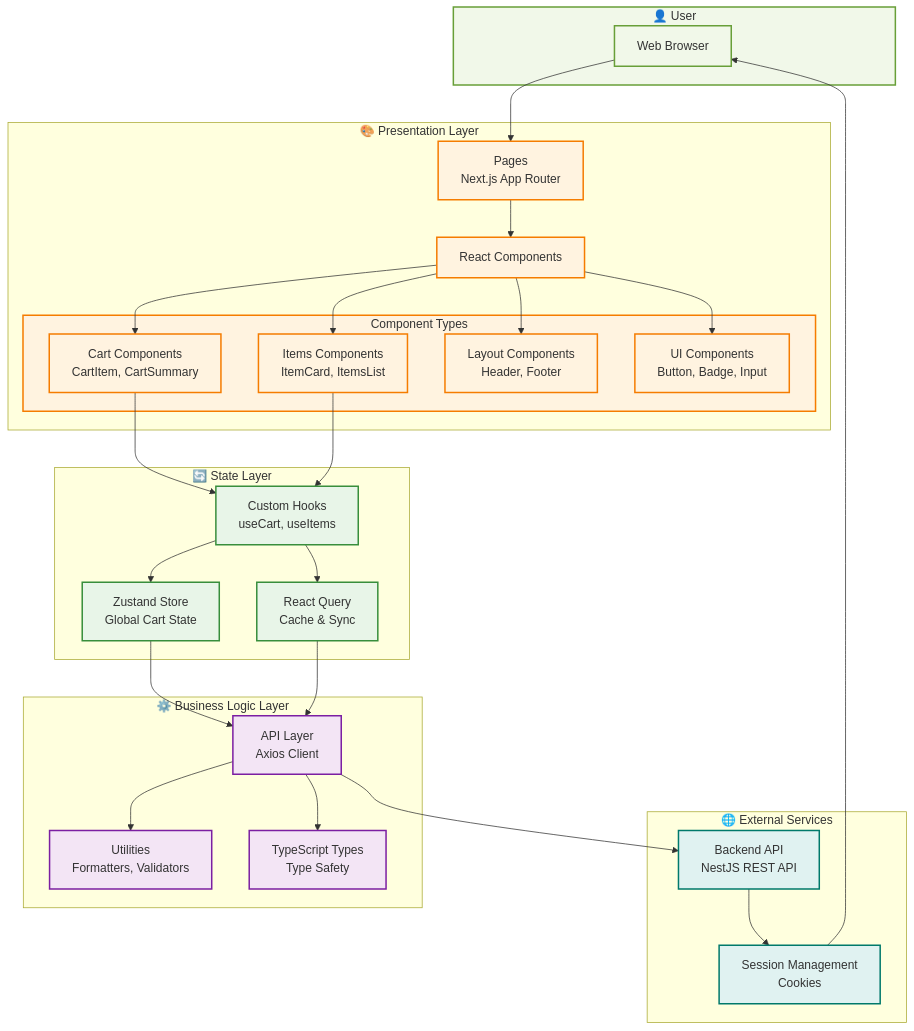
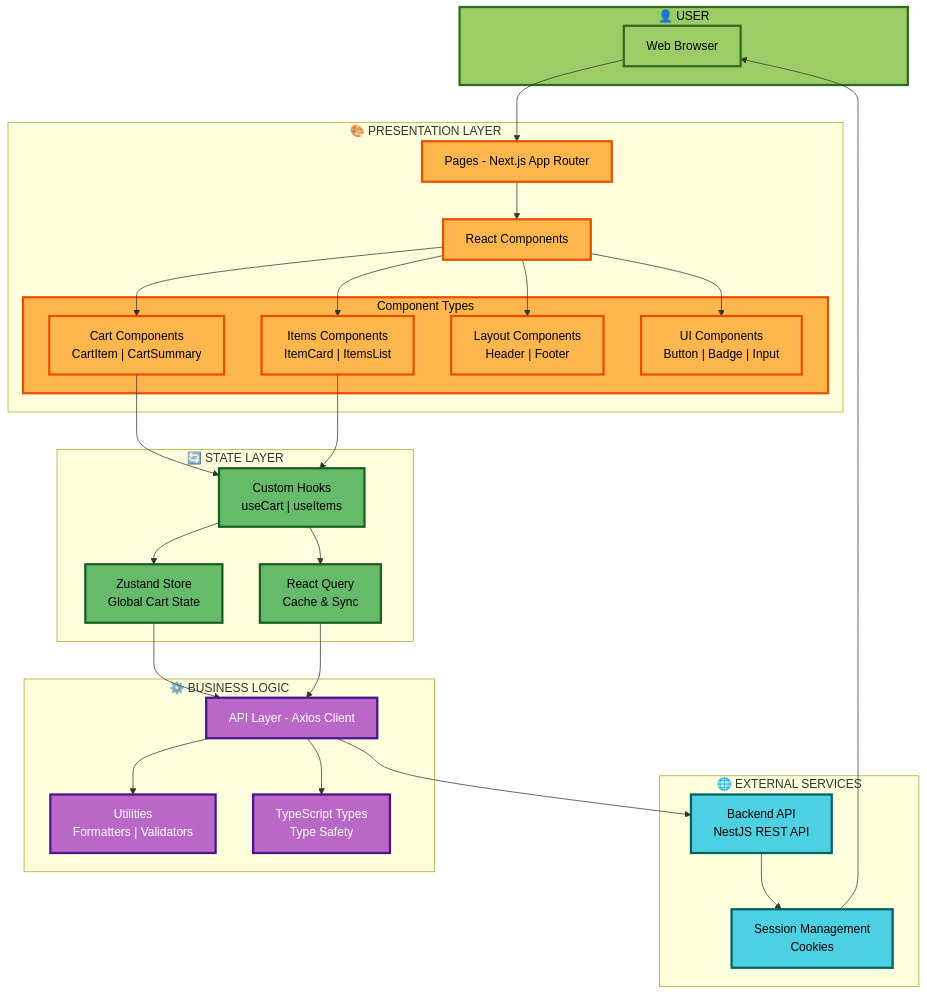
Before and after one commit to SebastianBC09/shopping-cart: the first of 5 diagrams in frontend/README.md, drawn with Mermaid. The commit also changed other lines of this file, not shown here.

````diff
--- a/frontend/README.md
+++ b/frontend/README.md
@@ -125,72 +125,72 @@
 ```mermaid
 flowchart TB
-    subgraph User["👤 User"]
+    subgraph User["👤 USER"]
         Browser[Web Browser]
     end
 
-    subgraph Presentation["🎨 Presentation Layer"]
-        Pages[Pages<br/>Next.js App Router]
+    subgraph Presentation["🎨 PRESENTATION LAYER"]
+        Pages[Pages - Next.js App Router]
         Components[React Components]
 
         subgraph ComponentTypes["Component Types"]
-            CartComps[Cart Components<br/>CartItem, CartSummary]
-            ItemComps[Items Components<br/>ItemCard, ItemsList]
-            LayoutComps[Layout Components<br/>Header, Footer]
-            UIComps[UI Components<br/>Button, Badge, Input]
+            CartComps["Cart Components<br/>CartItem | CartSummary"]
+            ItemComps["Items Components<br/>ItemCard | ItemsList"]
+            LayoutComps["Layout Components<br/>Header | Footer"]
+            UIComps["UI Components<br/>Button | Badge | Input"]
         end
     end
 
-    subgraph State["🔄 State Layer"]
+    subgraph State["🔄 STATE LAYER"]
         Zustand[Zustand Store<br/>Global Cart State]
         ReactQuery[React Query<br/>Cache & Sync]
-        CustomHooks[Custom Hooks<br/>useCart, useItems]
+        CustomHooks["Custom Hooks<br/>useCart | useItems"]
     end
 
-    subgraph Business["⚙️ Business Logic Layer"]
-        API[API Layer<br/>Axios Client]
-        Utils[Utilities<br/>Formatters, Validators]
+    subgraph Business["⚙️ BUSINESS LOGIC"]
+        API[API Layer - Axios Client]
+        Utils["Utilities<br/>Formatters | Validators"]
         Types[TypeScript Types<br/>Type Safety]
     end
 
-    subgraph External["🌐 External Services"]
+    subgraph External["🌐 EXTERNAL SERVICES"]
         Backend[Backend API<br/>NestJS REST API]
         Session[Session Management<br/>Cookies]
     end
 
     %% Data flow
     Browser --> Pages
     Pages --> Components
     Components --> CartComps
     Components --> ItemComps
     Components --> LayoutComps
     Components --> UIComps
 
     CartComps --> CustomHooks
     ItemComps --> CustomHooks
 
     CustomHooks --> Zustand
     CustomHooks --> ReactQuery
 
     Zustand --> API
     ReactQuery --> API
 
     API --> Utils
     API --> Types
 
     API --> Backend
     Backend --> Session
     Session --> Browser
 
-    %% Styles
-    classDef presentation fill:#fff3e0,stroke:#f57c00,stroke-width:2px
-    classDef state fill:#e8f5e8,stroke:#388e3c,stroke-width:2px
-    classDef business fill:#f3e5f5,stroke:#7b1fa2,stroke-width:2px
-    classDef external fill:#e0f2f1,stroke:#00796b,stroke-width:2px
-    classDef user fill:#f1f8e9,stroke:#689f38,stroke-width:2px
+    %% Enhanced Styles with Better Contrast
+    classDef presentation fill:#ffb74d,stroke:#e65100,stroke-width:3px,color:#000
+    classDef state fill:#66bb6a,stroke:#1b5e20,stroke-width:3px,color:#000
+    classDef business fill:#ba68c8,stroke:#4a148c,stroke-width:3px,color:#fff
+    classDef external fill:#4dd0e1,stroke:#006064,stroke-width:3px,color:#000
+    classDef user fill:#9ccc65,stroke:#33691e,stroke-width:3px,color:#000
 
     class Pages,Components,ComponentTypes,CartComps,ItemComps,LayoutComps,UIComps presentation
     class Zustand,ReactQuery,CustomHooks state
     class API,Utils,Types business
     class Backend,Session external
     class User,Browser user
 ```
````
